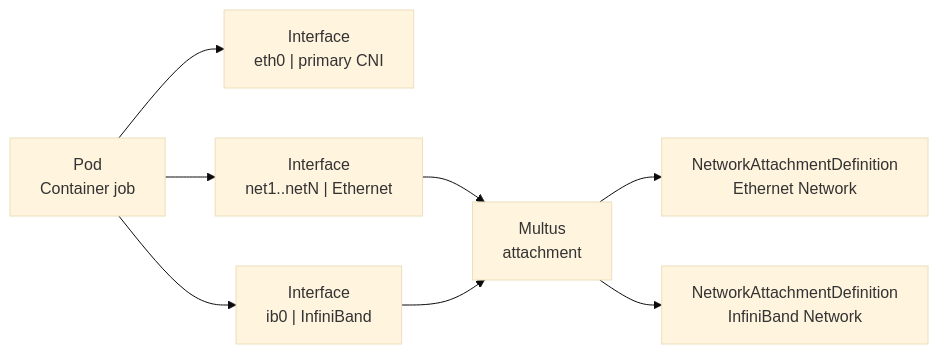
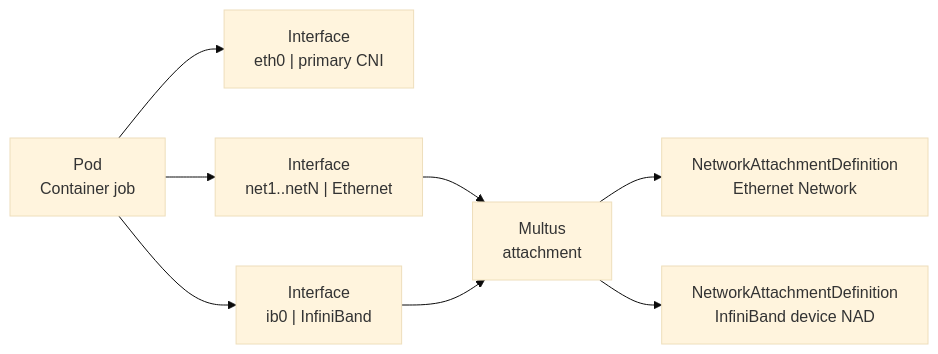
The first of 4 diagrams in provider-integration/im2/docs/src/k8s/networks.md (SDU-eScience/UCloud), drawn with Mermaid (base theme) before and after one commit. The commit also changed other lines of this file and 7 other files, not shown here.

````diff
--- a/provider-integration/im2/docs/src/k8s/networks.md
+++ b/provider-integration/im2/docs/src/k8s/networks.md
@@ -92,20 +93,20 @@
 ```mermaid
 flowchart LR
     pod["Pod<br/>Container job"]:::diagram-provider-cube
 
     eth0["Interface<br/>eth0 | primary CNI"]:::diagram-provider-server
     net1["Interface<br/>net1..netN | Ethernet"]:::diagram-provider-server
     ib0["Interface<br/>ib0 | InfiniBand"]:::diagram-provider-server
 
     multus["Multus<br/>attachment"]:::diagram-provider-cog-6-tooth
     nadEth["NetworkAttachmentDefinition<br/>Ethernet Network"]:::diagram-provider-kubernetes
-    nadIb["NetworkAttachmentDefinition<br/>InfiniBand Network"]:::diagram-provider-kubernetes
+    nadIb["NetworkAttachmentDefinition<br/>InfiniBand device NAD"]:::diagram-provider-kubernetes
 
     pod --> eth0
     pod --> net1
     pod --> ib0
     net1 --> multus
     ib0 --> multus
     multus --> nadEth
     multus --> nadIb
 ```
````
